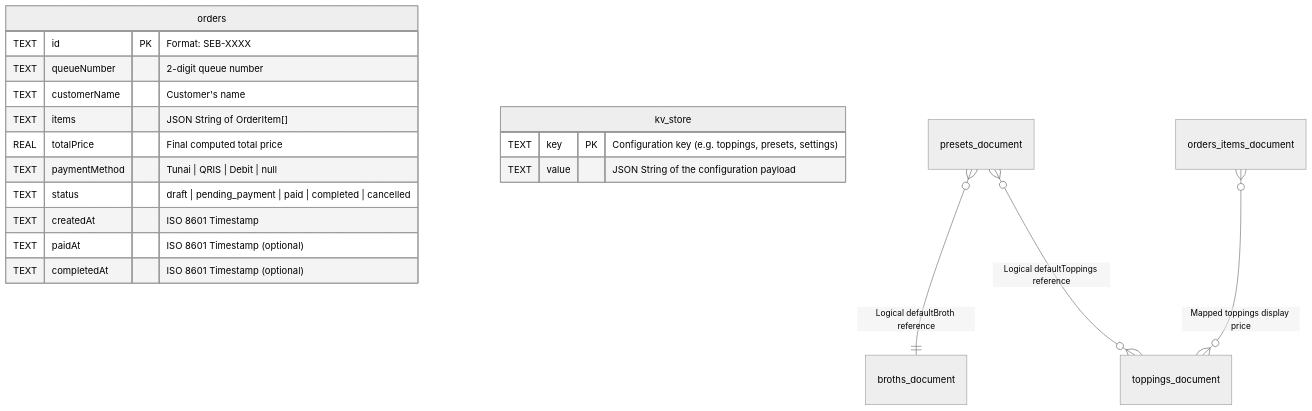
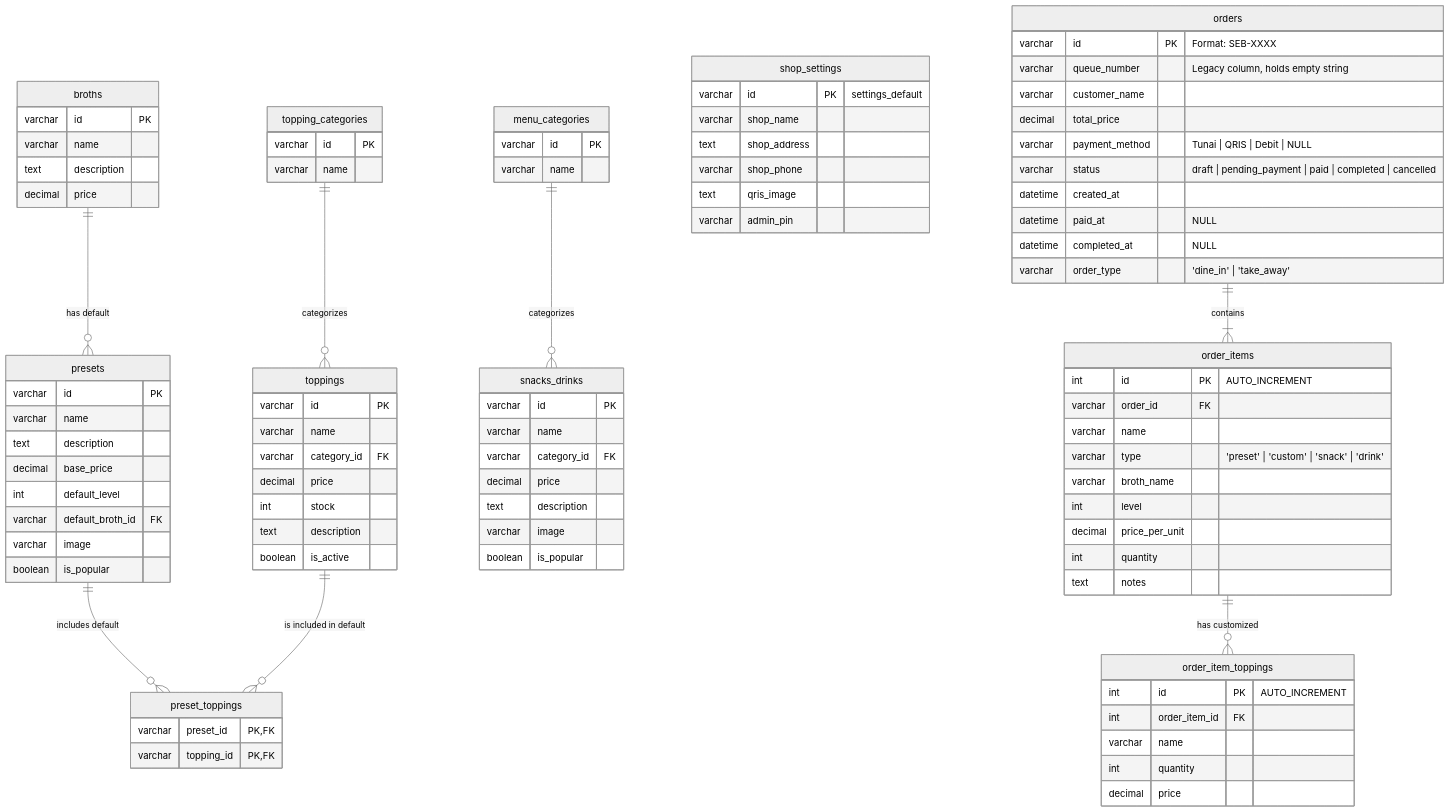
Before and after one commit to TomoNx/seblak: the third of 5 diagrams in project_architecture_diagrams.md, drawn with Mermaid (neutral theme). The commit also changed other lines of this file and 19 other files, not shown here.

Commit message:
feat: sync shop name dynamically, clean up queue numbers & receipt QR, fix print layouts, and update architecture diagrams

````diff
--- a/project_architecture_diagrams.md
+++ b/project_architecture_diagrams.md
@@ -52,25 +100,106 @@
 ```mermaid
 erDiagram
-    orders {
-        TEXT id PK "Format: SEB-XXXX"
-        TEXT queueNumber "2-digit queue number"
-        TEXT customerName "Customer's name"
-        TEXT items "JSON String of OrderItem[]"
-        REAL totalPrice "Final computed total price"
-        TEXT paymentMethod "Tunai | QRIS | Debit | null"
-        TEXT status "draft | pending_payment | paid | completed | cancelled"
-        TEXT createdAt "ISO 8601 Timestamp"
-        TEXT paidAt "ISO 8601 Timestamp (optional)"
-        TEXT completedAt "ISO 8601 Timestamp (optional)"
+    menu_categories {
+        varchar id PK
+        varchar name
     }
 
-    kv_store {
-        TEXT key PK "Configuration key (e.g. toppings, presets, settings)"
-        TEXT value "JSON String of the configuration payload"
+    topping_categories {
+        varchar id PK
+        varchar name
     }
 
-    %% Document relations inside kv_store values (logical references)
-    presets_document }o--|| broths_document : "Logical defaultBroth reference"
-    presets_document }o--o{ toppings_document : "Logical defaultToppings reference"
-    orders_items_document }o--o{ toppings_document : "Mapped toppings display price"
+    broths {
+        varchar id PK
+        varchar name
+        text description
+        decimal price
+    }
+
+    toppings {
+        varchar id PK
+        varchar name
+        varchar category_id FK
+        decimal price
+        int stock
+        text description
+        boolean is_active
+    }
+
+    presets {
+        varchar id PK
+        varchar name
+        text description
+        decimal base_price
+        int default_level
+        varchar default_broth_id FK
+        varchar image
+        boolean is_popular
+    }
+
+    preset_toppings {
+        varchar preset_id PK, FK
+        varchar topping_id PK, FK
+    }
+
+    snacks_drinks {
+        varchar id PK
+        varchar name
+        varchar category_id FK
+        decimal price
+        text description
+        varchar image
+        boolean is_popular
+    }
+
+    shop_settings {
+        varchar id PK "settings_default"
+        varchar shop_name
+        text shop_address
+        varchar shop_phone
+        text qris_image
+        varchar admin_pin
+    }
+
+    orders {
+        varchar id PK "Format: SEB-XXXX"
+        varchar queue_number "Legacy column, holds empty string"
+        varchar customer_name
+        decimal total_price
+        varchar payment_method "Tunai | QRIS | Debit | NULL"
+        varchar status "draft | pending_payment | paid | completed | cancelled"
+        datetime created_at
+        datetime paid_at "NULL"
+        datetime completed_at "NULL"
+        varchar order_type "'dine_in' | 'take_away'"
+    }
+
+    order_items {
+        int id PK "AUTO_INCREMENT"
+        varchar order_id FK
+        varchar name
+        varchar type "'preset' | 'custom' | 'snack' | 'drink'"
+        varchar broth_name
+        int level
+        decimal price_per_unit
+        int quantity
+        text notes
+    }
+
+    order_item_toppings {
+        int id PK "AUTO_INCREMENT"
+        int order_item_id FK
+        varchar name
+        int quantity
+        decimal price
+    }
+
+    %% Relationships
+    topping_categories ||--o{ toppings : "categorizes"
+    menu_categories ||--o{ snacks_drinks : "categorizes"
+    broths ||--o{ presets : "has default"
+    presets ||--o{ preset_toppings : "includes default"
+    toppings ||--o{ preset_toppings : "is included in default"
+    orders ||--|{ order_items : "contains"
+    order_items ||--o{ order_item_toppings : "has customized"
 ```
````
